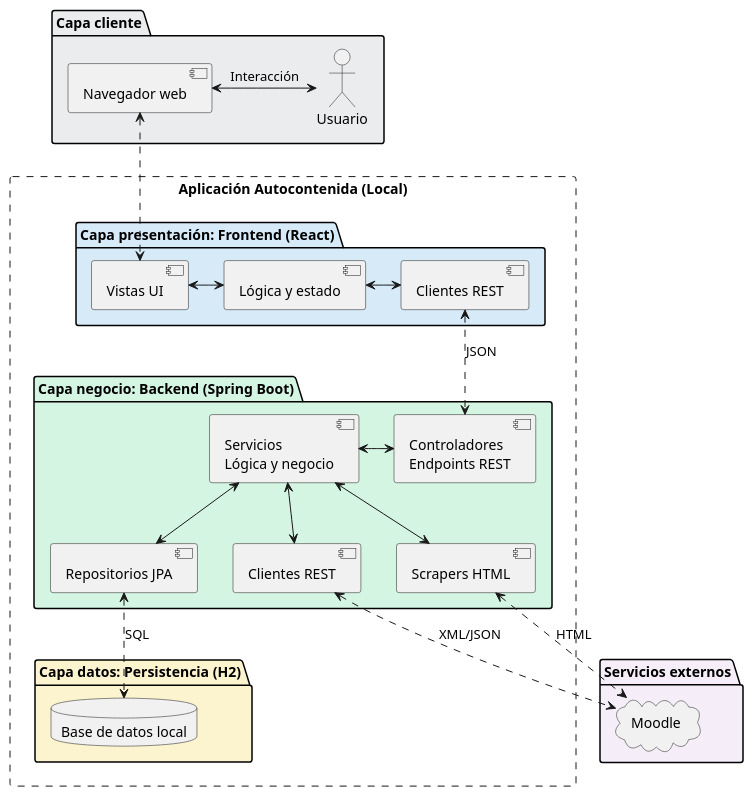
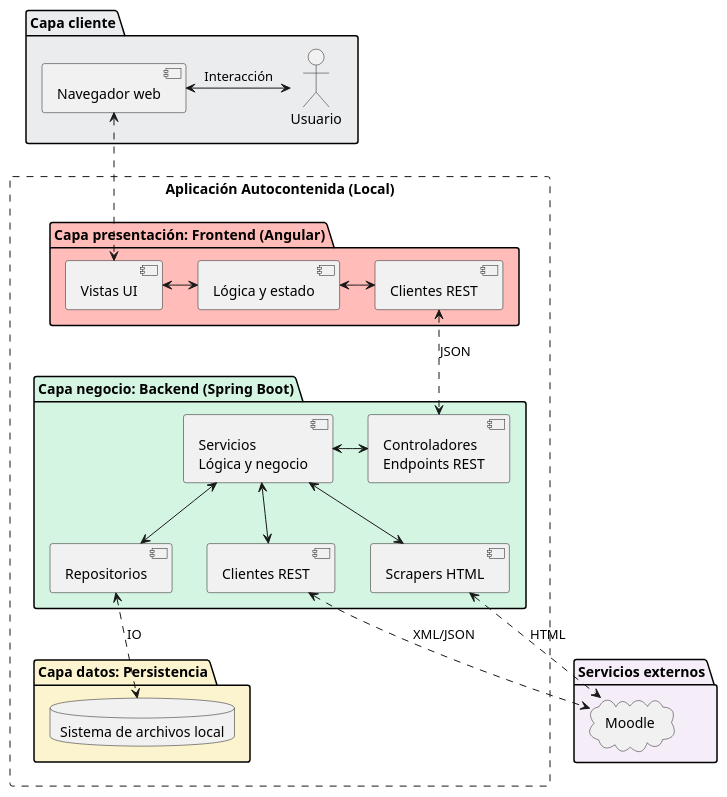
The diagram in docs/diagrams/20260500-architecture.pu (verteramo/UBUMonitorWeb), drawn with PlantUML before and after one commit. The commit also changed 29 other files, not shown here.

```diff
--- a/docs/diagrams/20260500-architecture.pu
+++ b/docs/diagrams/20260500-architecture.pu
@@ -1,49 +1,49 @@
 @startuml Architecture
 
 package "Capa cliente" as ClientLayer #EAECEE {
     actor "Usuario" as User
     component "Navegador web" as Browser
 
     Browser <-right-> User: Interacción
 }
 
 rectangle "Aplicación Autocontenida (Local)" as SystemBoundary #line.dashed {
 
-    package "Capa presentación: Frontend (React)" as PresentationLayer #D6EAF8 {
+    package "Capa presentación: Frontend (Angular)" as PresentationLayer #ffbcb8 {
         component "Vistas UI" as PresentationViews
         component "Lógica y estado" as PresentationLogic
         component "Clientes REST" as PresentationClients
-        
+
         PresentationViews <-right-> PresentationLogic
         PresentationLogic <-right-> PresentationClients
     }
 
     package "Capa negocio: Backend (Spring Boot)" as BusinessLayer #D5F5E3 {
         component "Controladores\nEndpoints REST" as BusinessControllers
         component "Servicios\nLógica y negocio" as BusinessServices
-        component "Repositorios JPA" as BusinessRepositories
+        component "Repositorios" as BusinessRepositories
         component "Clientes REST" as BusinessClients
         component "Scrapers HTML" as BusinessScrapers
-        
+
         BusinessControllers <-left-> BusinessServices
         BusinessServices <-down-> BusinessRepositories
         BusinessServices <-down-> BusinessClients
         BusinessServices <-down-> BusinessScrapers
     }
 
-    package "Capa datos: Persistencia (H2)" as DataLayer #FCF3CF {
-        database "Base de datos local" as Database
+    package "Capa datos: Persistencia" as DataLayer #FCF3CF {
+        database "Sistema de archivos local" as Database
     }
 }
 
 package "Servicios externos" as ExternalServicesLayer #F5EEF8 {
     cloud "Moodle" as Moodle
 }
 
 Browser <.down.> PresentationViews
 PresentationClients <.down.> BusinessControllers : JSON
 BusinessClients <.down.> Moodle : XML/JSON
 BusinessScrapers <.down.> Moodle : HTML
-BusinessRepositories <.down.> Database : SQL
+BusinessRepositories <.down.> Database : IO
 
 @enduml
```
